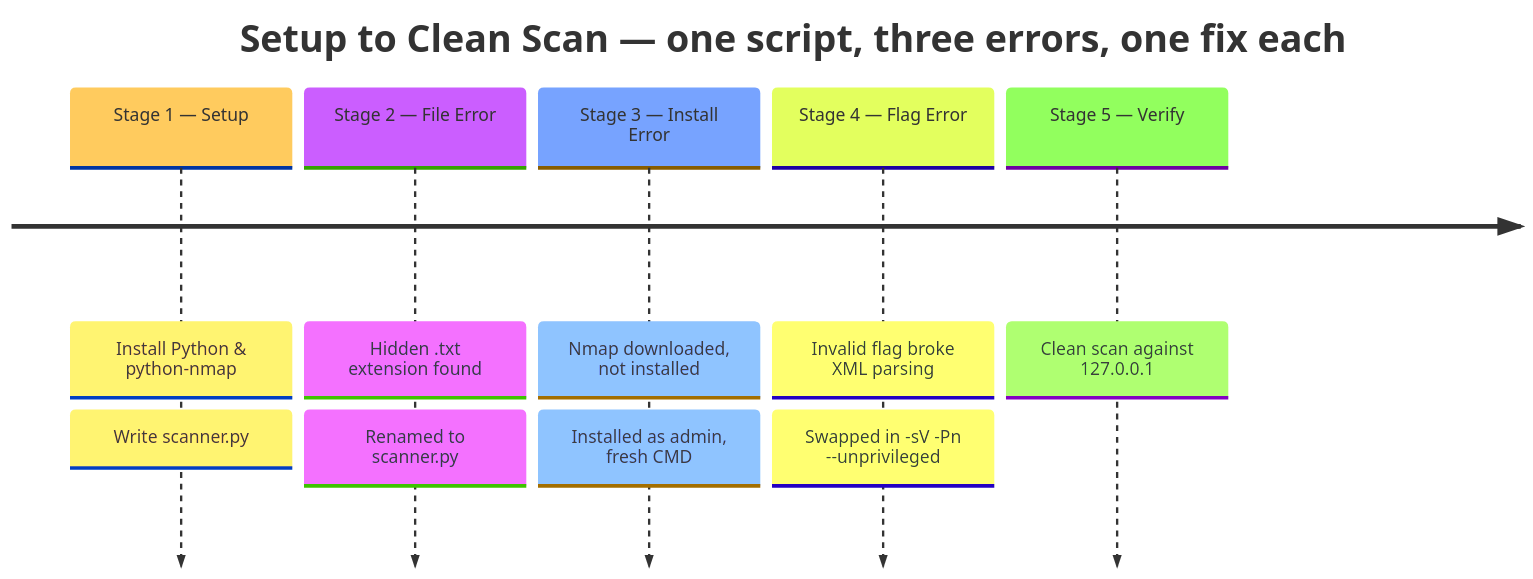
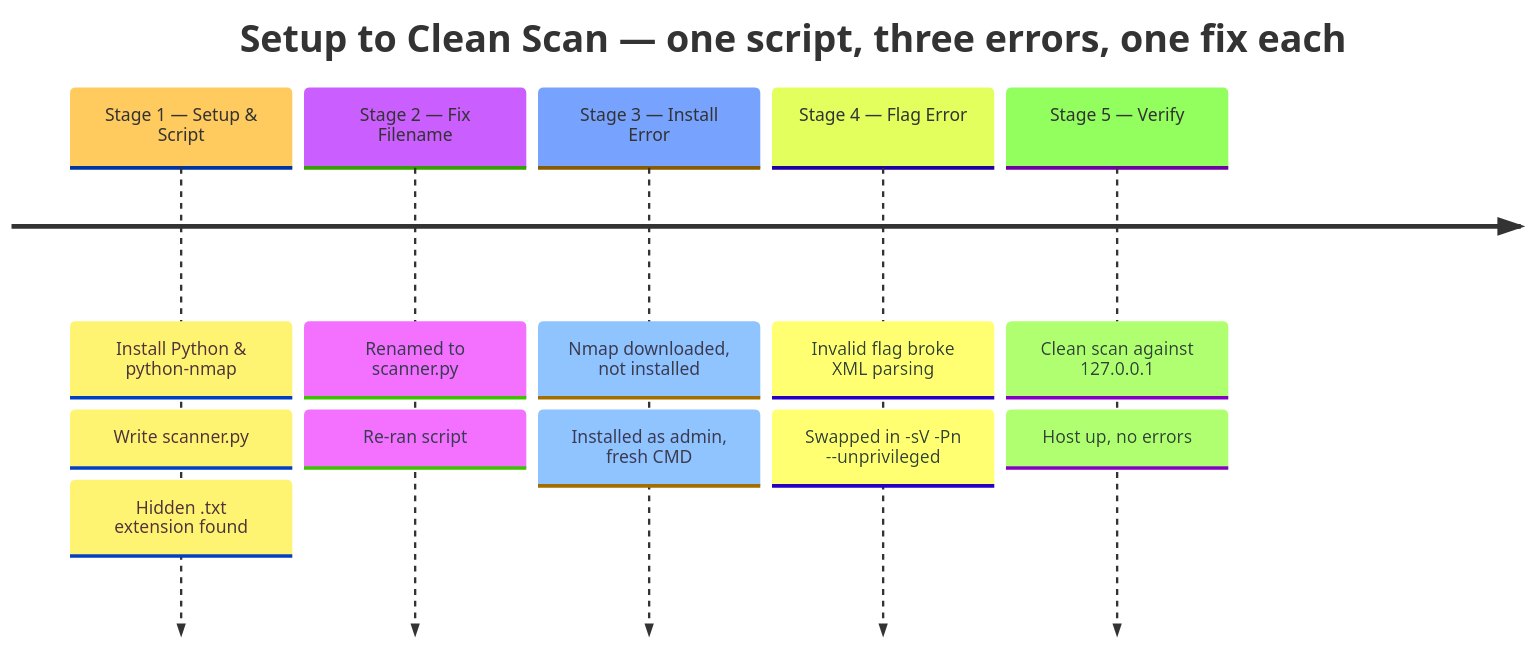
One commit to malaika-azhar/Cybersecurity-Lab-Projects changed the second of 2 diagrams in 1-Foundational-Projects/project-03-automated-port-scanner/README.md. Above: the diagram before and after it, drawn with Mermaid. The commit also changed other lines of this file, not shown here.

````diff
--- a/1-Foundational-Projects/project-03-automated-port-scanner/README.md
+++ b/1-Foundational-Projects/project-03-automated-port-scanner/README.md
@@ -146,10 +149,10 @@
 ```mermaid
 %%{init: {'theme': 'base', 'themeVariables': {'fontSize': '15px'}, 'timeline': {'disableMulticolor': false}}}%%
 timeline
     title Setup to Clean Scan — one script, three errors, one fix each
-    Stage 1 — Setup : Install Python & python-nmap : Write scanner.py
-    Stage 2 — File Error : Hidden .txt extension found : Renamed to scanner.py
+    Stage 1 — Setup & Script : Install Python & python-nmap : Write scanner.py : Hidden .txt extension found
+    Stage 2 — Fix Filename : Renamed to scanner.py : Re-ran script
     Stage 3 — Install Error : Nmap downloaded, not installed : Installed as admin, fresh CMD
     Stage 4 — Flag Error : Invalid flag broke XML parsing : Swapped in -sV -Pn --unprivileged
-    Stage 5 — Verify : Clean scan against 127.0.0.1
+    Stage 5 — Verify : Clean scan against 127.0.0.1 : Host up, no errors
 ```
````
